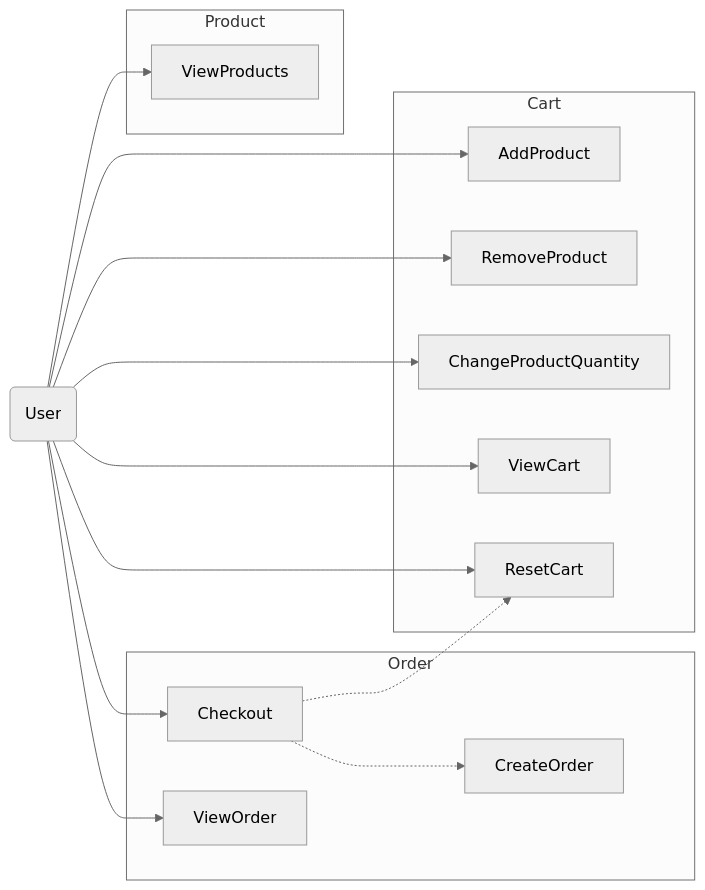
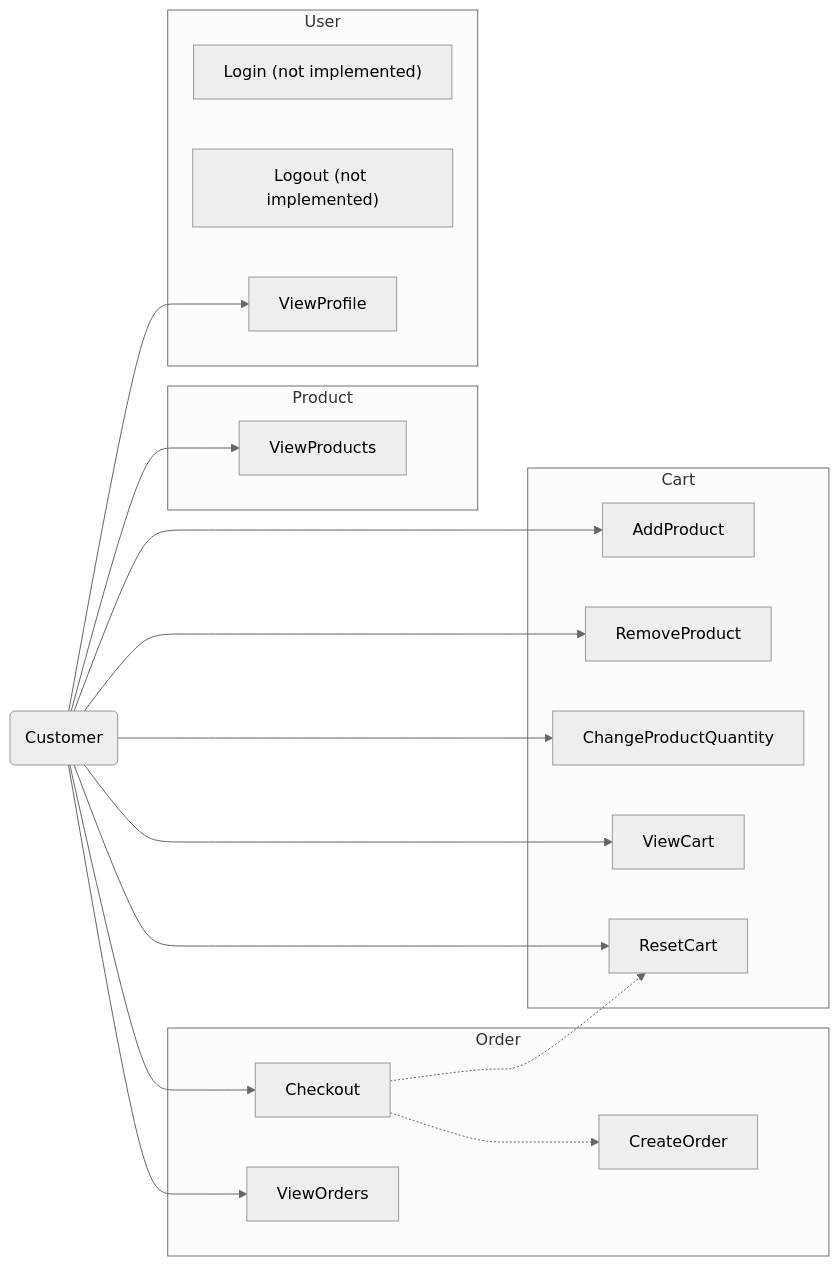
One commit to ichi-h/e-commerce-microservices-demo-v1 changed the third of 3 diagrams in README.md. Above: the diagram before and after it, drawn with Mermaid (neutral theme). The commit also changed other lines of this file, not shown here.

````diff
--- a/README.md
+++ b/README.md
@@ -82,33 +120,40 @@
 ```mermaid
 graph LR
-  User(User)
+  Customer(Customer)
+
+  subgraph User
+    Login["Login (not implemented)"]
+    Logout["Logout (not implemented)"]
+    ViewProfile
+  end
 
   subgraph Product
     ViewProducts
   end
 
   subgraph Order
     Checkout
     CreateOrder
-    ViewOrder
+    ViewOrders
   end
 
   subgraph Cart
     AddProduct
     RemoveProduct
     ChangeProductQuantity
     ViewCart
     ResetCart
   end
 
-  User --> ViewProducts
-  User --> AddProduct
-  User --> RemoveProduct
-  User --> ChangeProductQuantity
-  User --> ViewCart
-  User --> ResetCart
-  User --> Checkout
-  User --> ViewOrder
+  Customer --> ViewProfile
+  Customer --> ViewProducts
+  Customer --> AddProduct
+  Customer --> RemoveProduct
+  Customer --> ChangeProductQuantity
+  Customer --> ViewCart
+  Customer --> ResetCart
+  Customer --> Checkout
+  Customer --> ViewOrders
   Checkout -.-> ResetCart
   Checkout -.-> CreateOrder
 ```
````
